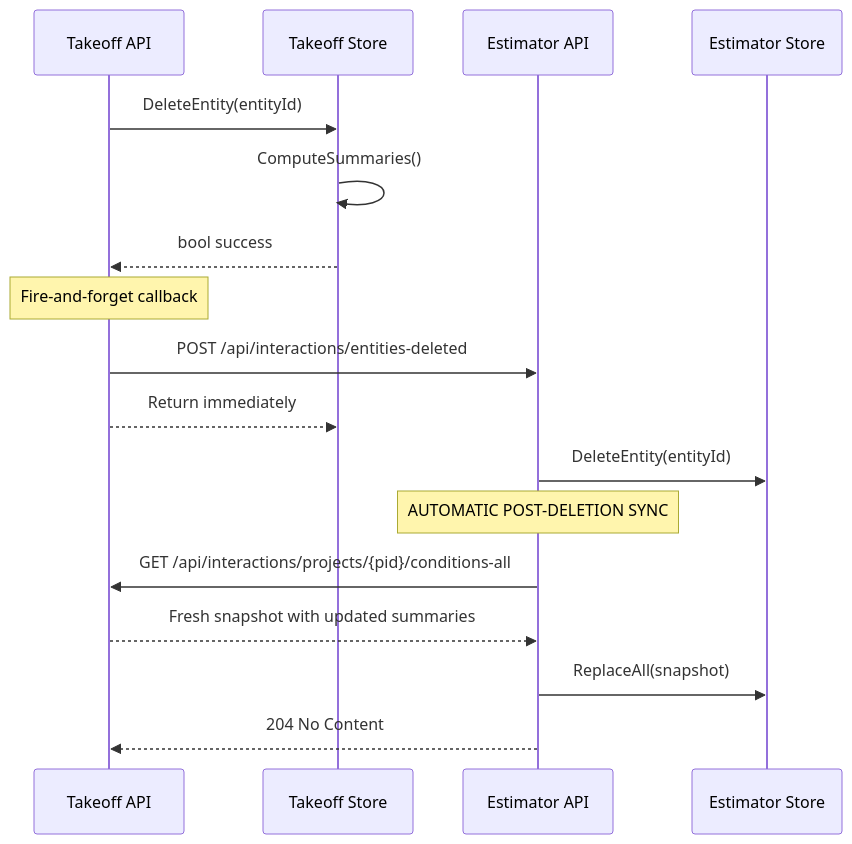
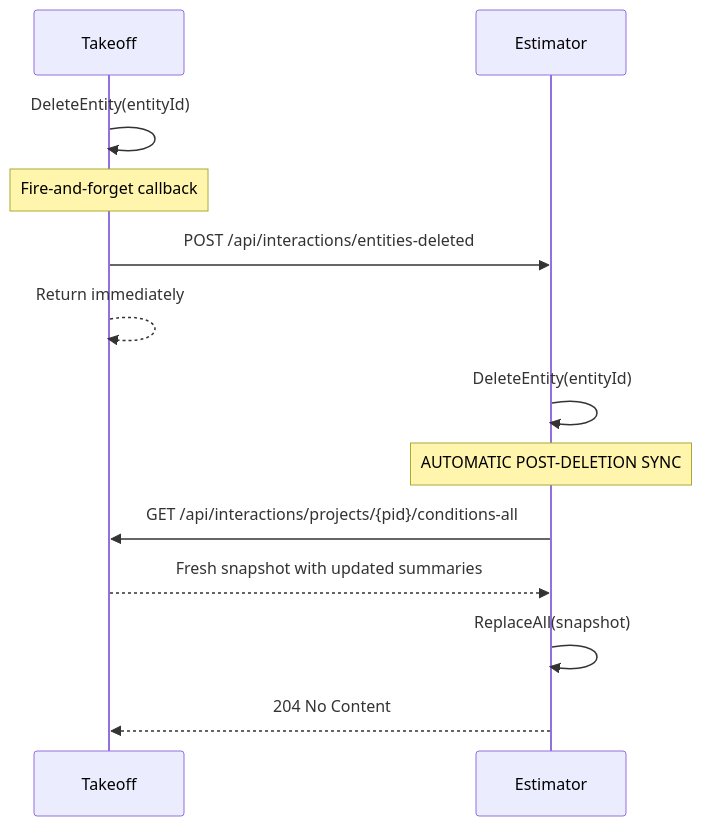
The third of 7 diagrams in docs/contract-diagrams.md (pkarabut-bw/embedded-integration), drawn with Mermaid before and after one commit. The commit also changed other lines of this file, not shown here.

Commit message:
updated diagrams

````diff
--- a/docs/contract-diagrams.md
+++ b/docs/contract-diagrams.md
@@ -76,23 +72,19 @@
 ```mermaid
 sequenceDiagram
-    participant TakeoffAPI as Takeoff API
-    participant TakeoffStore as Takeoff Store
-    participant EstimatorAPI as Estimator API
-    participant EstimatorStore as Estimator Store
+    participant Takeoff
+    participant Estimator
     
-    TakeoffAPI->>TakeoffStore: DeleteEntity(entityId)
-    TakeoffStore->>TakeoffStore: ComputeSummaries()
-    TakeoffStore-->>TakeoffAPI: bool success
+    Takeoff->>Takeoff: DeleteEntity(entityId)
     
-    Note over TakeoffAPI: Fire-and-forget callback
-    TakeoffAPI->>EstimatorAPI: POST /api/interactions/entities-deleted
-    TakeoffAPI-->>TakeoffStore: Return immediately
+    Note over Takeoff: Fire-and-forget callback
+    Takeoff->>Estimator: POST /api/interactions/entities-deleted
+    Takeoff-->>Takeoff: Return immediately
     
-    EstimatorAPI->>EstimatorStore: DeleteEntity(entityId)
+    Estimator->>Estimator: DeleteEntity(entityId)
     
-    Note over EstimatorAPI: AUTOMATIC POST-DELETION SYNC
-    EstimatorAPI->>TakeoffAPI: GET /api/interactions/projects/{pid}/conditions-all
-    TakeoffAPI-->>EstimatorAPI: Fresh snapshot with updated summaries
-    EstimatorAPI->>EstimatorStore: ReplaceAll(snapshot)
-    EstimatorAPI-->>TakeoffAPI: 204 No Content
+    Note over Estimator: AUTOMATIC POST-DELETION SYNC
+    Estimator->>Takeoff: GET /api/interactions/projects/{pid}/conditions-all
+    Takeoff-->>Estimator: Fresh snapshot with updated summaries
+    Estimator->>Estimator: ReplaceAll(snapshot)
+    Estimator-->>Takeoff: 204 No Content
 ```
````
